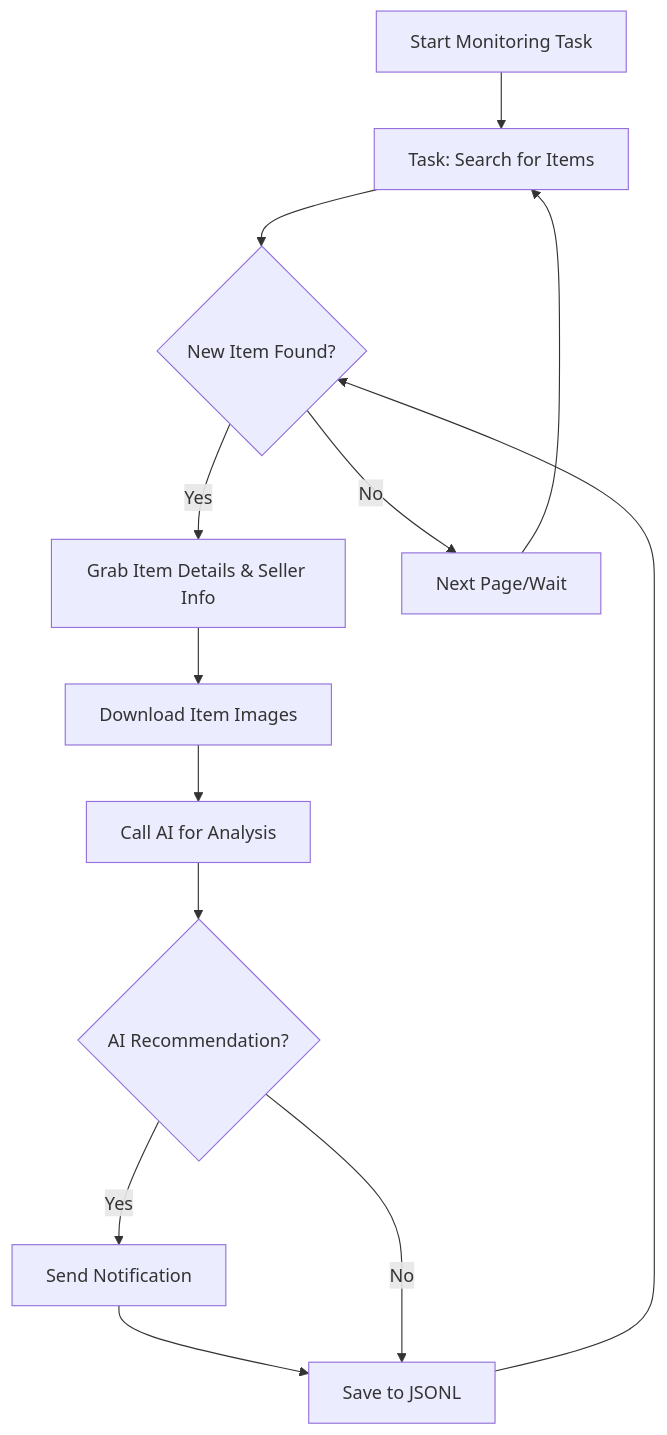
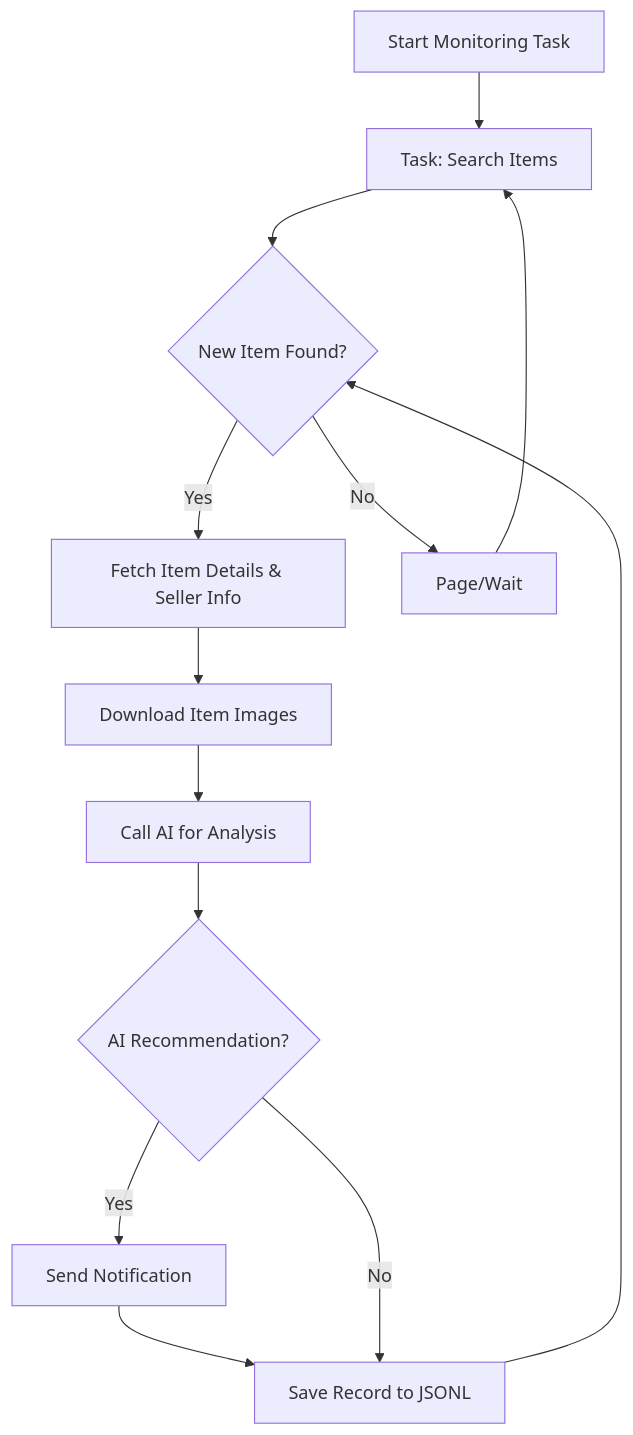
Before and after one commit to saurav-z/repo-docs: the diagram in docs/dingyufei615-ai-goofish-monitor.md, drawn with Mermaid. The commit also changed other lines of this file and 207 other files, not shown here.

````diff
--- a/docs/dingyufei615-ai-goofish-monitor.md
+++ b/docs/dingyufei615-ai-goofish-monitor.md
@@ -210,15 +159,15 @@
 ```mermaid
 graph TD
-    A[Start Monitoring Task] --> B[Task: Search for Items];
+    A[Start Monitoring Task] --> B[Task: Search Items];
     B --> C{New Item Found?};
-    C -- Yes --> D[Grab Item Details & Seller Info];
+    C -- Yes --> D[Fetch Item Details & Seller Info];
     D --> E[Download Item Images];
     E --> F[Call AI for Analysis];
     F --> G{AI Recommendation?};
     G -- Yes --> H[Send Notification];
-    H --> I[Save to JSONL];
+    H --> I[Save Record to JSONL];
     G -- No --> I;
-    C -- No --> J[Next Page/Wait];
+    C -- No --> J[Page/Wait];
     J --> B;
     I --> C;
 ```
````
